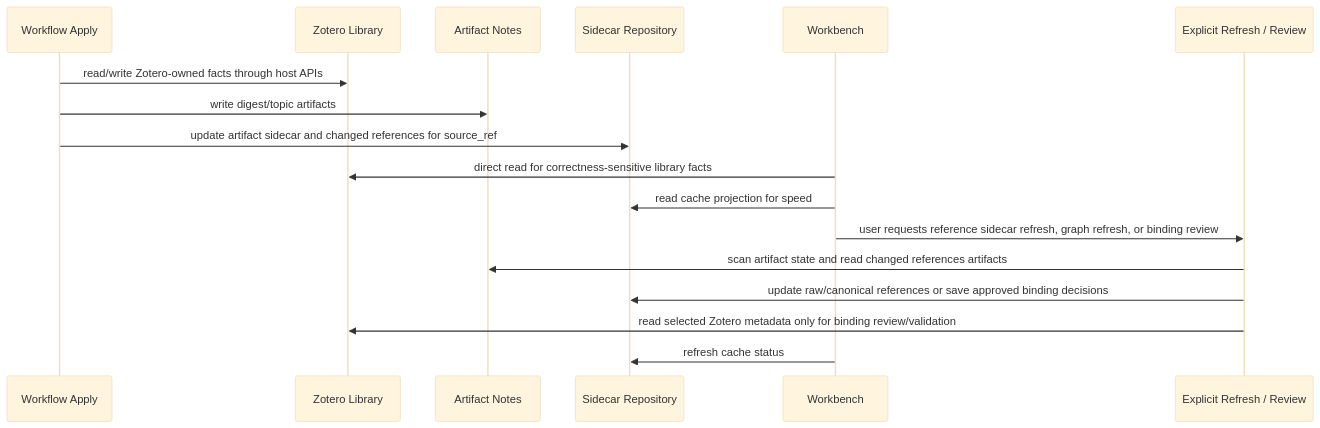
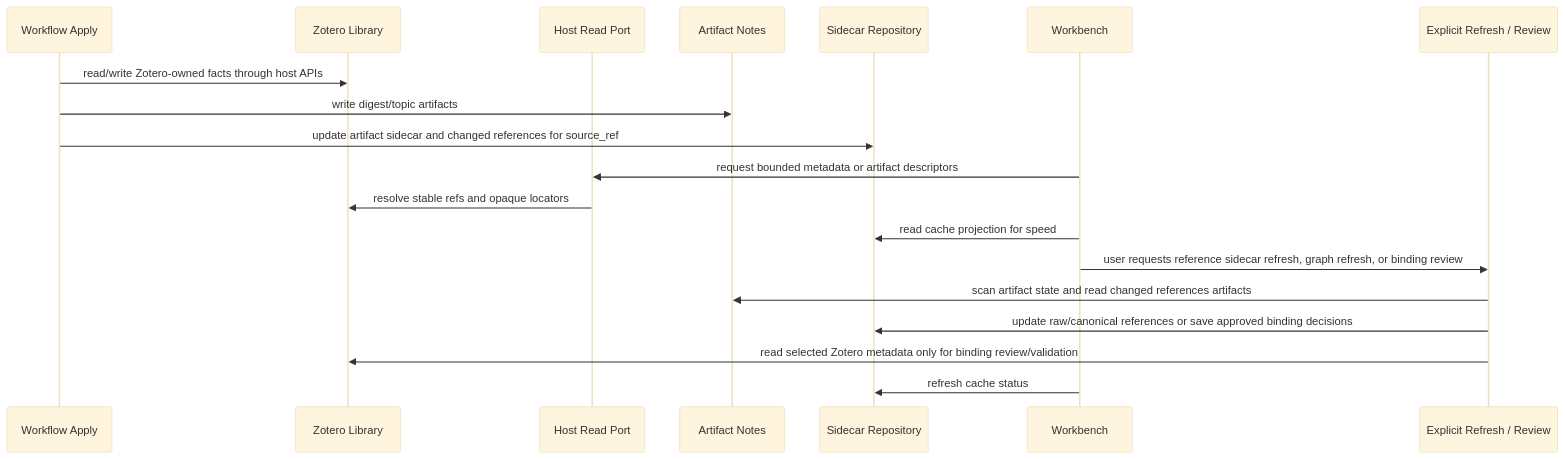
Before and after one commit to leike0813/zotero-agents: the second of 2 diagrams in doc/synthesis-layer/README.md, drawn with Mermaid (base theme). The commit also changed other lines of this file and 29 other files, not shown here.

````diff
--- a/doc/synthesis-layer/README.md
+++ b/doc/synthesis-layer/README.md
@@ -74,20 +76,22 @@
 ```mermaid
 sequenceDiagram
   participant W as Workflow Apply
   participant Z as Zotero Library
+  participant H as Host Read Port
   participant A as Artifact Notes
   participant S as Sidecar Repository
   participant U as Workbench
   participant R as Explicit Refresh / Review
 
   W->>Z: read/write Zotero-owned facts through host APIs
   W->>A: write digest/topic artifacts
   W->>S: update artifact sidecar and changed references for source_ref
-  U->>Z: direct read for correctness-sensitive library facts
+  U->>H: request bounded metadata or artifact descriptors
+  H->>Z: resolve stable refs and opaque locators
   U->>S: read cache projection for speed
   U->>R: user requests reference sidecar refresh, graph refresh, or binding review
   R->>A: scan artifact state and read changed references artifacts
   R->>S: update raw/canonical references or save approved binding decisions
   R->>Z: read selected Zotero metadata only for binding review/validation
   U->>S: refresh cache status
 ```
````
